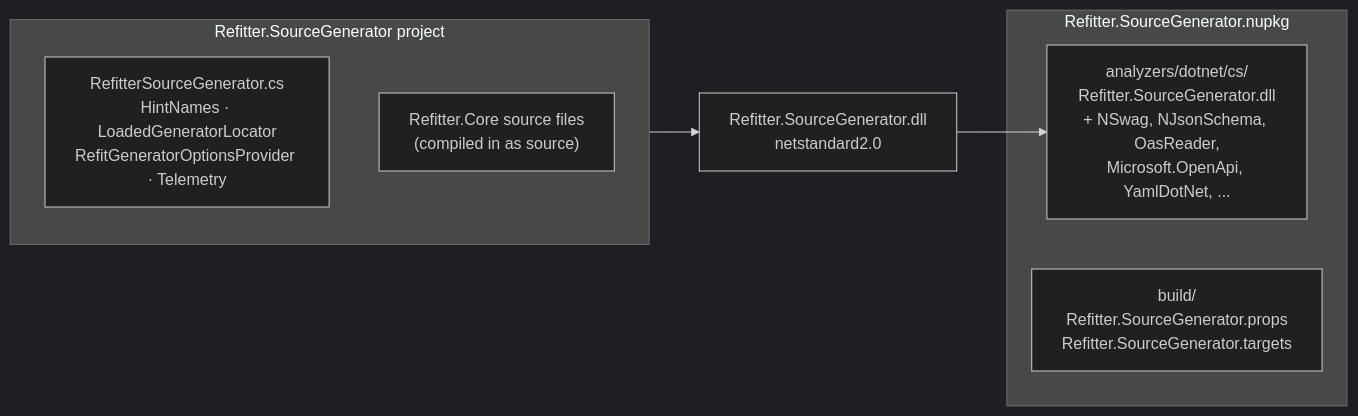
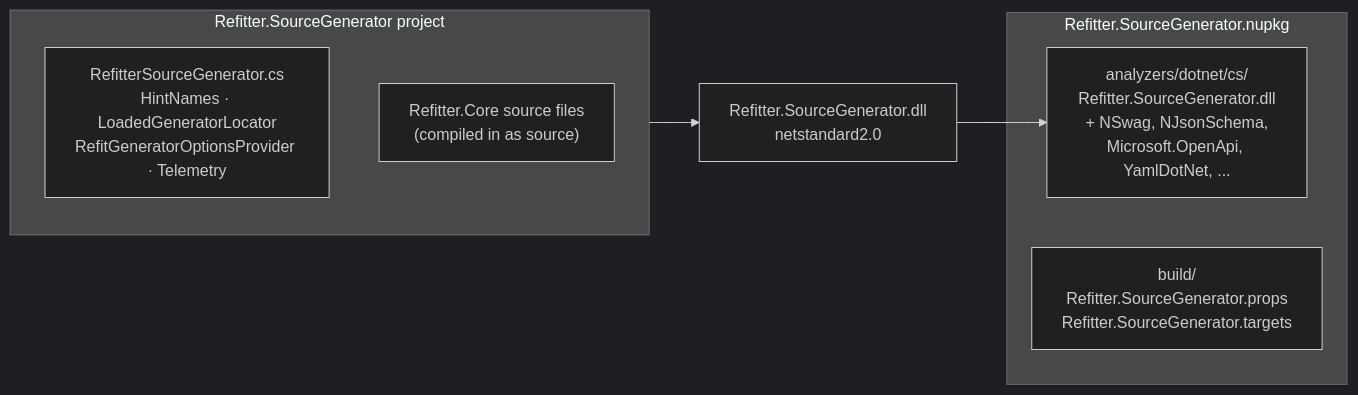
The first of 5 diagrams in docs/docfx_project/articles/technical/source-generator-internals.md (christianhelle/refitter), drawn with Mermaid (dark theme) before and after one commit. The commit also changed 2 other files, not shown here.

Commit message:
Document that validation and generation share one document set

````diff
--- a/docs/docfx_project/articles/technical/source-generator-internals.md
+++ b/docs/docfx_project/articles/technical/source-generator-internals.md
@@ -9,16 +9,16 @@
 ```mermaid
 flowchart LR
     subgraph Source["Refitter.SourceGenerator project"]
         GSRC["RefitterSourceGenerator.cs<br/>HintNames · LoadedGeneratorLocator<br/>RefitGeneratorOptionsProvider · Telemetry"]
         CSRC["Refitter.Core source files<br/>(compiled in as source)"]
     end
 
     Source --> DLL["Refitter.SourceGenerator.dll<br/>netstandard2.0"]
 
     subgraph PKG["Refitter.SourceGenerator.nupkg"]
-        AN["analyzers/dotnet/cs/<br/>Refitter.SourceGenerator.dll<br/>+ NSwag, NJsonSchema, OasReader,<br/>Microsoft.OpenApi, YamlDotNet, ..."]
+        AN["analyzers/dotnet/cs/<br/>Refitter.SourceGenerator.dll<br/>+ NSwag, NJsonSchema,<br/>Microsoft.OpenApi, YamlDotNet, ..."]
         BLD["build/<br/>Refitter.SourceGenerator.props<br/>Refitter.SourceGenerator.targets"]
     end
 
     DLL --> AN
 ```
````
